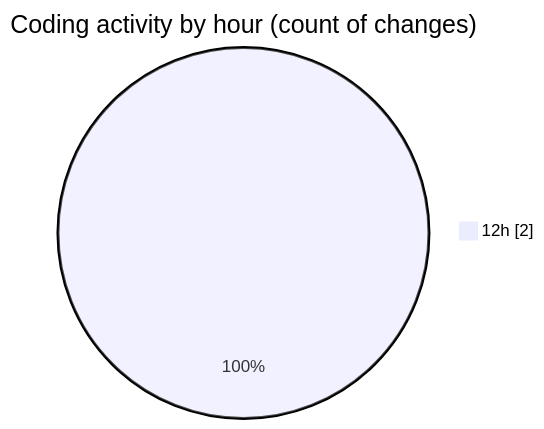
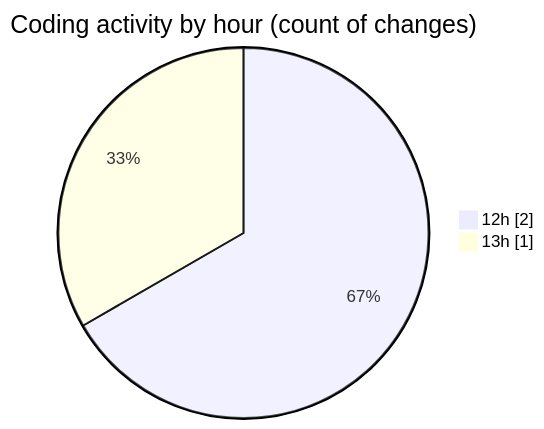
Before and after one commit to NitaiMahat/code-tracking: the second of 2 diagrams in 2025-02-10/classwork/README.md, drawn with Mermaid. The commit also changed other lines of this file and 1 other file, not shown here.

````diff
--- a/2025-02-10/classwork/README.md
+++ b/2025-02-10/classwork/README.md
@@ -28,5 +28,6 @@
 ```mermaid
 pie showData
 title Coding activity by hour (count of changes)
 "12h" : 2
+"13h" : 1
 ```
````
